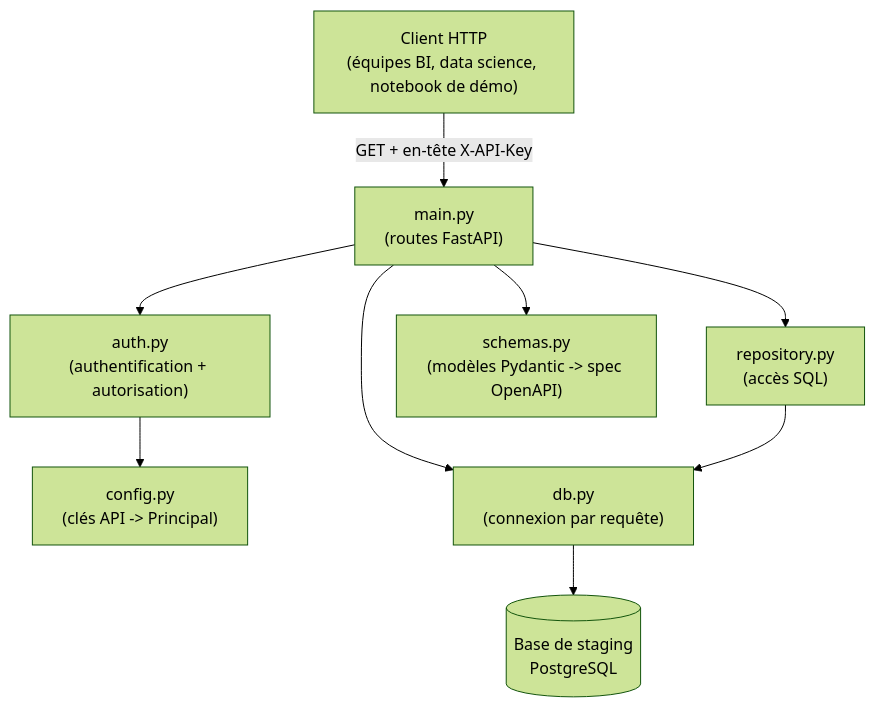
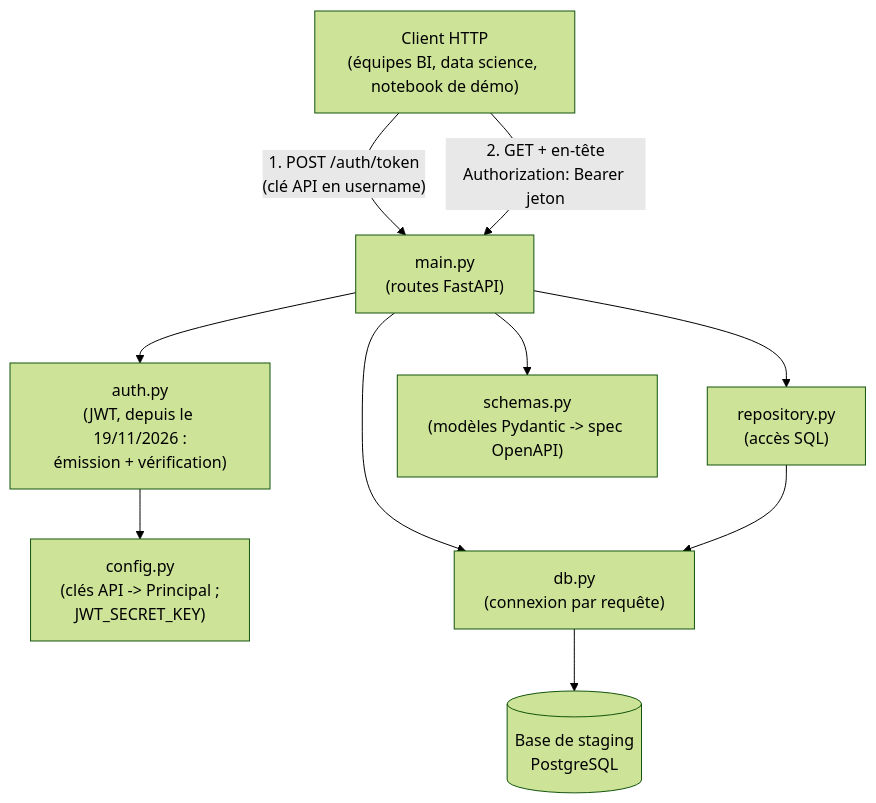
Before and after one commit to alaugier/datacore: the second of 3 diagrams in docs/architecture/diagrammes_techniques.md, drawn with Mermaid (forest theme). The commit also changed other lines of this file and 121 other files, not shown here.

First line of the commit message:
feat: authentification JWT réelle (C12) + fix Airflow + mise à jour post-soutenance

````diff
--- a/docs/architecture/diagrammes_techniques.md
+++ b/docs/architecture/diagrammes_techniques.md
@@ -71,12 +71,13 @@
 ```mermaid
 flowchart TB
     Client["Client HTTP<br/>(équipes BI, data science, notebook de démo)"]
-    Client -->|"GET + en-tête X-API-Key"| Main["main.py<br/>(routes FastAPI)"]
-    Main --> Auth["auth.py<br/>(authentification + autorisation)"]
-    Auth --> Config["config.py<br/>(clés API -> Principal)"]
+    Client -->|"1. POST /auth/token<br/>(clé API en username)"| Main["main.py<br/>(routes FastAPI)"]
+    Client -->|"2. GET + en-tête<br/>Authorization: Bearer jeton"| Main
+    Main --> Auth["auth.py<br/>(JWT, depuis le 19/11/2026 :<br/>émission + vérification)"]
+    Auth --> Config["config.py<br/>(clés API -> Principal ;<br/>JWT_SECRET_KEY)"]
     Main --> Db["db.py<br/>(connexion par requête)"]
     Main --> Repo["repository.py<br/>(accès SQL)"]
     Main --> Schemas["schemas.py<br/>(modèles Pydantic -> spec OpenAPI)"]
     Repo --> Db
     Db --> Postgres[("Base de staging<br/>PostgreSQL")]
 ```
````
